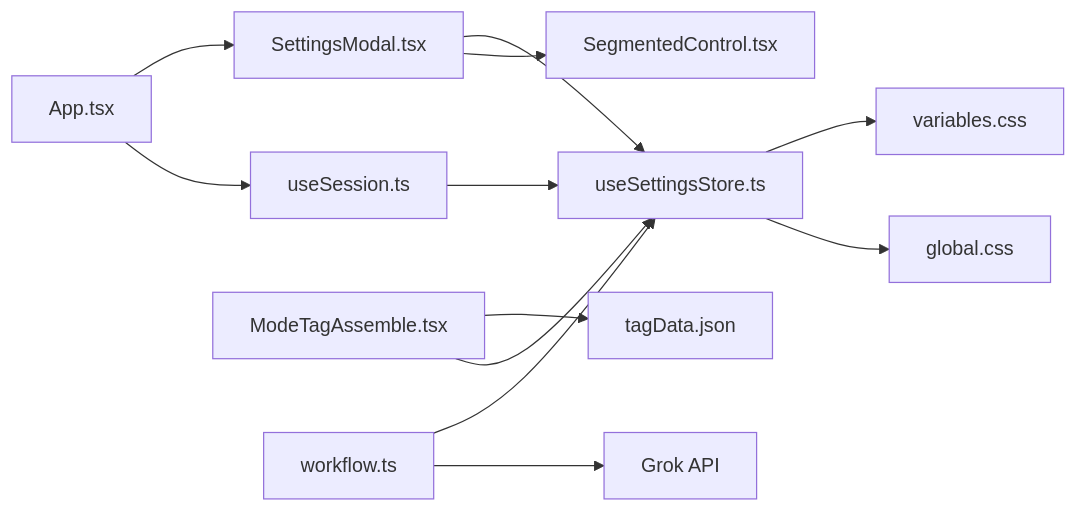
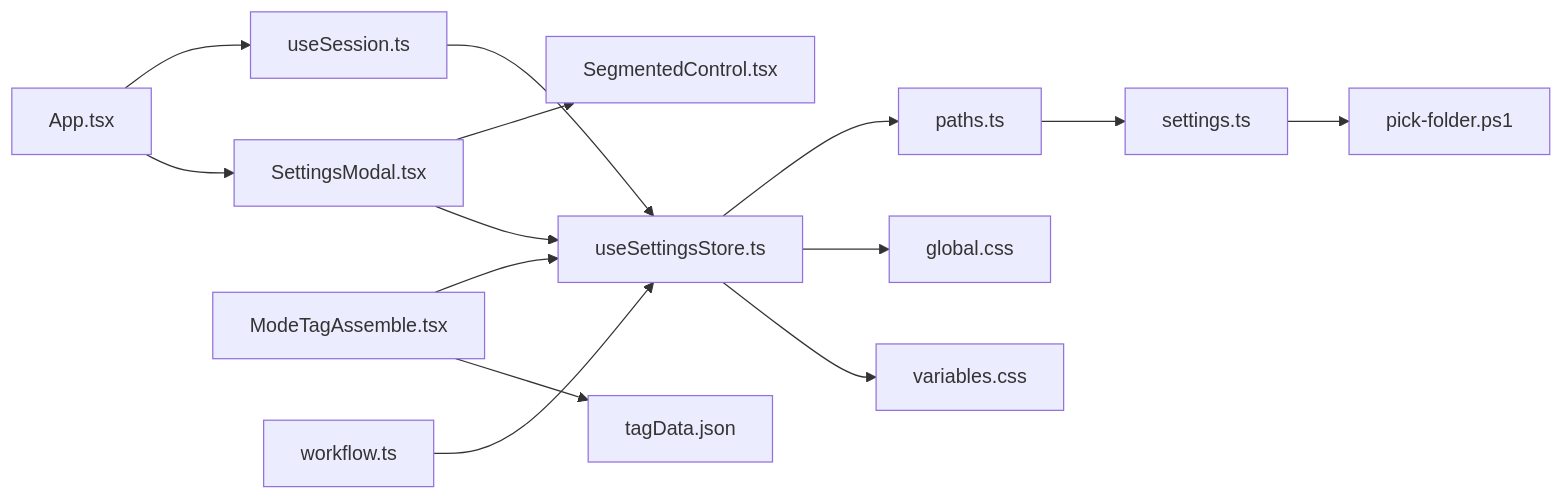
One commit to billye220670/CorineKit_Pix2Real changed the tenth of 10 diagrams in .qoder/repowiki/zh/content/前端应用/UI 组件库/设置对话框组件.md. Above: the diagram before and after it, drawn with Mermaid. The commit also changed other lines of this file and 13 other files, not shown here.

````diff
--- a/.qoder/repowiki/zh/content/前端应用/UI 组件库/设置对话框组件.md
+++ b/.qoder/repowiki/zh/content/前端应用/UI 组件库/设置对话框组件.md
@@ -415,14 +505,16 @@
 ```mermaid
 graph LR
 APP["App.tsx"] --> SM["SettingsModal.tsx"]
 SM --> USS["useSettingsStore.ts"]
 SM --> SC["SegmentedControl.tsx"]
 APP --> USession["useSession.ts"]
 USession --> USS
 USS --> VAR["variables.css"]
 USS --> GLOB["global.css"]
 MTA["ModeTagAssemble.tsx"] --> TD["tagData.json"]
 MTA --> USS
 WF["workflow.ts"] --> USS
-WF --> GROK["Grok API"]
+USS --> PATHS["paths.ts"]
+PATHS --> SETTINGS["settings.ts"]
+SETTINGS --> PS1["pick-folder.ps1"]
 ```
````
